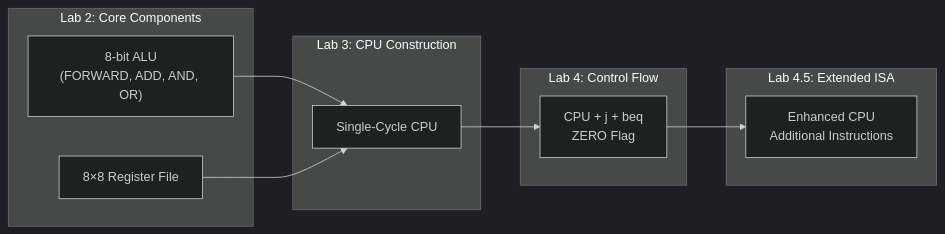
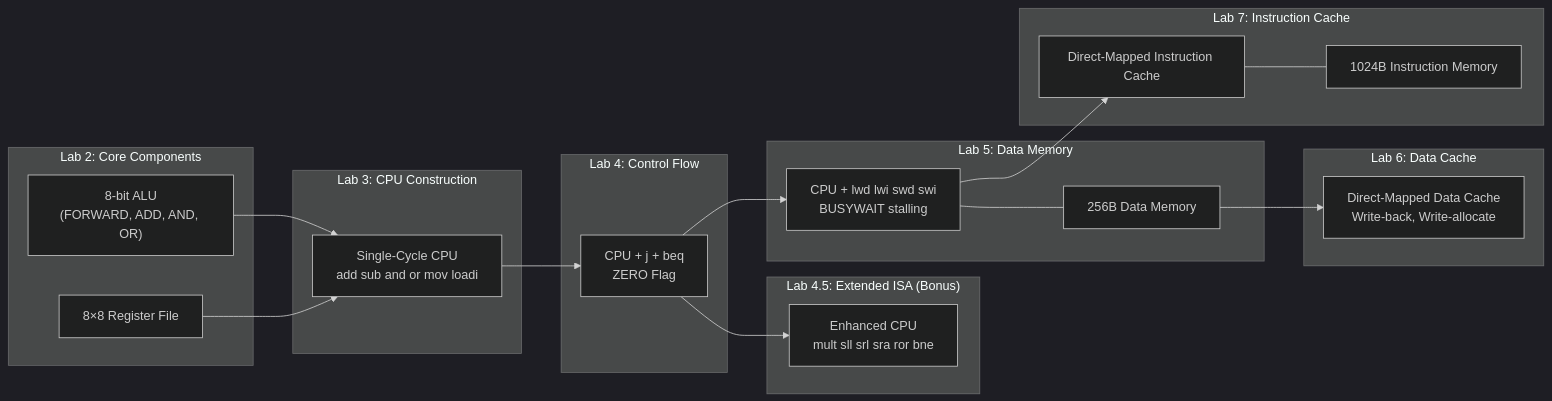
The first of 2 diagrams in README.md (TharinduHimantha/8-bit-Single-Cycle-Processor-using-Verilog), drawn with Mermaid (dark theme) before and after one commit. The commit also changed other lines of this file, not shown here.

First line of the commit message:
Enhance README with detailed architecture and instructions

````diff
--- a/README.md
+++ b/README.md
@@ -76,24 +92,43 @@
 ```mermaid
 flowchart LR
     subgraph L2["Lab 2: Core Components"]
-        ALU["8-bit ALU<br/>(FORWARD, ADD, AND, OR)"]
+        ALU["8-bit ALU\n(FORWARD, ADD, AND, OR)"]
         RF["8×8 Register File"]
     end
 
     subgraph L3["Lab 3: CPU Construction"]
-        CPU1["Single-Cycle CPU"]
+        CPU1["Single-Cycle CPU\nadd sub and or mov loadi"]
     end
 
     subgraph L4["Lab 4: Control Flow"]
-        CPU2["CPU + j + beq<br/>ZERO Flag"]
+        CPU2["CPU + j + beq\nZERO Flag"]
     end
 
-    subgraph L45["Lab 4.5: Extended ISA"]
-        CPU3["Enhanced CPU<br/>Additional Instructions"]
+    subgraph L45["Lab 4.5: Extended ISA (Bonus)"]
+        CPU3["Enhanced CPU\nmult sll srl sra ror bne"]
+    end
+
+    subgraph L5["Lab 5: Data Memory"]
+        CPU4["CPU + lwd lwi swd swi\nBUSYWAIT stalling"]
+        DM["256B Data Memory"]
+    end
+
+    subgraph L6["Lab 6: Data Cache"]
+        DC["Direct-Mapped Data Cache\nWrite-back, Write-allocate"]
+    end
+
+    subgraph L7["Lab 7: Instruction Cache"]
+        IC["Direct-Mapped Instruction Cache"]
+        IM["1024B Instruction Memory"]
     end
 
     ALU --> CPU1
     RF --> CPU1
     CPU1 --> CPU2
     CPU2 --> CPU3
+    CPU2 --> CPU4
+    CPU4 --- DM
+    DM --> DC
+    CPU4 --> IC
+    IC --- IM
 ```
````
